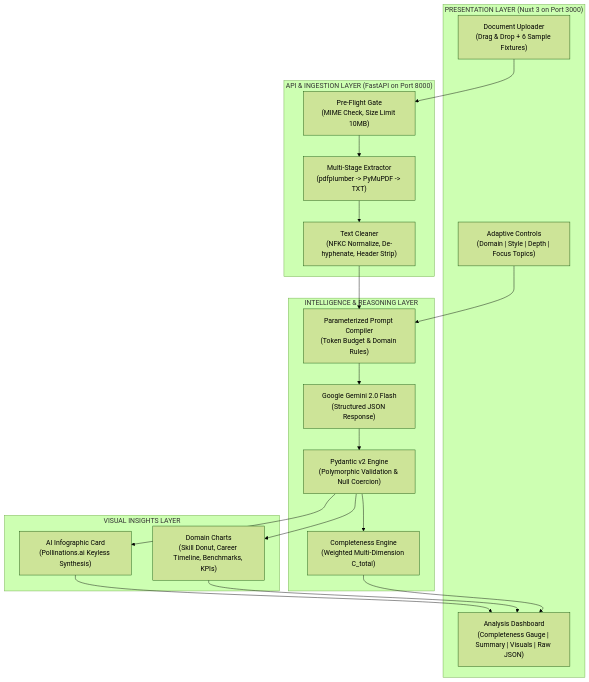
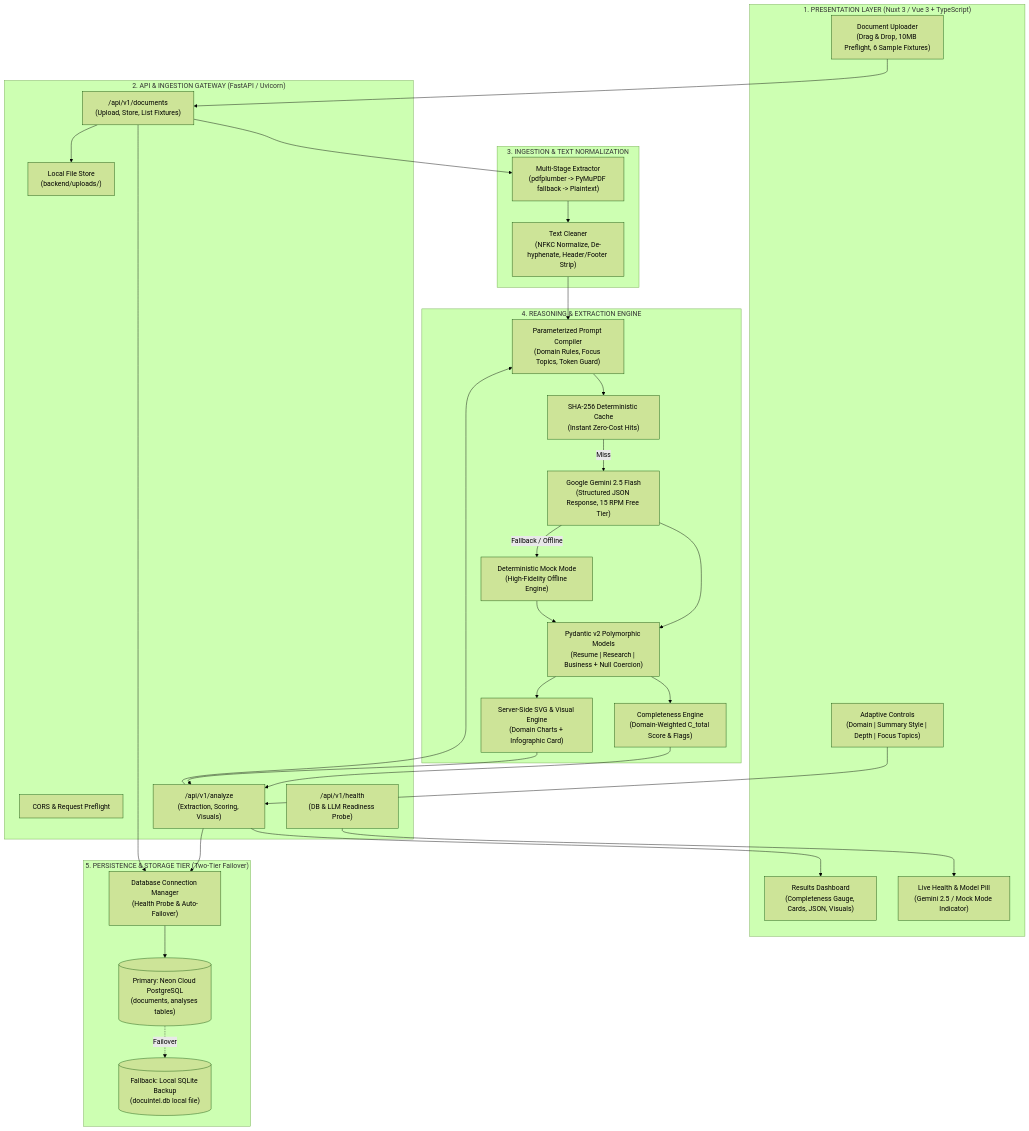
Before and after one commit to Rishikesh414/AI-Powered-Document-Intelligence-Platform-: the first of 2 diagrams in README.md, drawn with Mermaid (forest theme). The commit also changed other lines of this file and 13 other files, not shown here.

````diff
--- a/README.md
+++ b/README.md
@@ -31,40 +42,62 @@
 ```mermaid
 flowchart TD
-    subgraph Presentation["PRESENTATION LAYER (Nuxt 3 on Port 3000)"]
-        Uploader["Document Uploader\n(Drag & Drop + 6 Sample Fixtures)"]
-        Controls["Adaptive Controls\n(Domain | Style | Depth | Focus Topics)"]
-        Dashboard["Analysis Dashboard\n(Completeness Gauge | Summary | Visuals | Raw JSON)"]
+    subgraph ClientLayer ["1. PRESENTATION LAYER (Nuxt 3 / Vue 3 + TypeScript)"]
+        Uploader["Document Uploader\n(Drag & Drop, 10MB Preflight, 6 Sample Fixtures)"]
+        Controls["Adaptive Controls\n(Domain | Summary Style | Depth | Focus Topics)"]
+        ResultsView["Results Dashboard\n(Completeness Gauge, Cards, JSON, Visuals)"]
+        StatusPill["Live Health & Model Pill\n(Gemini 2.5 / Mock Mode Indicator)"]
     end
 
-    subgraph API["API & INGESTION LAYER (FastAPI on Port 8000)"]
-        Preflight["Pre-Flight Gate\n(MIME Check, Size Limit 10MB)"]
-        Extractor["Multi-Stage Extractor\n(pdfplumber -> PyMuPDF -> TXT)"]
-        Cleaner["Text Cleaner\n(NFKC Normalize, De-hyphenate, Header Strip)"]
+    subgraph GatewayLayer ["2. API & INGESTION GATEWAY (FastAPI / Uvicorn)"]
+        CORS["CORS & Request Preflight"]
+        RouterDoc["/api/v1/documents\n(Upload, Store, List Fixtures)"]
+        RouterAnalyze["/api/v1/analyze\n(Extraction, Scoring, Visuals)"]
+        RouterHealth["/api/v1/health\n(DB & LLM Readiness Probe)"]
+        FileStorage["Local File Store\n(backend/uploads/)"]
     end
 
-    subgraph Intelligence["INTELLIGENCE & REASONING LAYER"]
-        Compiler["Parameterized Prompt Compiler\n(Token Budget & Domain Rules)"]
-        LLM["Google Gemini 2.0 Flash\n(Structured JSON Response)"]
-        Pydantic["Pydantic v2 Engine\n(Polymorphic Validation & Null Coercion)"]
-        Scorer["Completeness Engine\n(Weighted Multi-Dimension C_total)"]
+    subgraph IngestionPipeline ["3. INGESTION & TEXT NORMALIZATION"]
+        Extractor["Multi-Stage Extractor\n(pdfplumber -> PyMuPDF fallback -> Plaintext)"]
+        Cleaner["Text Cleaner\n(NFKC Normalize, De-hyphenate, Header/Footer Strip)"]
     end
 
-    subgraph Visuals["VISUAL INSIGHTS LAYER"]
-        Charts["Domain Charts\n(Skill Donut, Career Timeline, Benchmarks, KPIs)"]
-        Infographic["AI Infographic Card\n(Pollinations.ai Keyless Synthesis)"]
+    subgraph IntelligenceLayer ["4. REASONING & EXTRACTION ENGINE"]
+        PromptCompiler["Parameterized Prompt Compiler\n(Domain Rules, Focus Topics, Token Guard)"]
+        GeminiLLM["Google Gemini 2.5 Flash\n(Structured JSON Response, 15 RPM Free Tier)"]
+        Cache["SHA-256 Deterministic Cache\n(Instant Zero-Cost Hits)"]
+        MockLLM["Deterministic Mock Mode\n(High-Fidelity Offline Engine)"]
+        PydanticEngine["Pydantic v2 Polymorphic Models\n(Resume | Research | Business + Null Coercion)"]
+        CompletenessEngine["Completeness Engine\n(Domain-Weighted C_total Score & Flags)"]
+        SVGVisualEngine["Server-Side SVG & Visual Engine\n(Domain Charts + Infographic Card)"]
     end
 
-    Uploader --> Preflight
-    Preflight --> Extractor
+    subgraph StorageLayer ["5. PERSISTENCE & STORAGE TIER (Two-Tier Failover)"]
+        DBManager["Database Connection Manager\n(Health Probe & Auto-Failover)"]
+        PrimaryPG[("Primary: Neon Cloud PostgreSQL\n(documents, analyses tables)")]
+        FallbackSQLite[("Fallback: Local SQLite Backup\n(docuintel.db local file)")]
+    end
+
+    %% Flow connections
+    Uploader --> RouterDoc
+    Controls --> RouterAnalyze
+    RouterDoc --> FileStorage
+    RouterDoc --> Extractor
     Extractor --> Cleaner
-    Cleaner --> Compiler
-    Controls --> Compiler
-    Compiler --> LLM
-    LLM --> Pydantic
-    Pydantic --> Scorer
-    Pydantic --> Charts
-    Pydantic --> Infographic
-    Scorer --> Dashboard
-    Charts --> Dashboard
-    Infographic --> Dashboard
+    Cleaner --> PromptCompiler
+    RouterAnalyze --> PromptCompiler
+    PromptCompiler --> Cache
+    Cache -- Miss --> GeminiLLM
+    GeminiLLM -- Fallback / Offline --> MockLLM
+    GeminiLLM --> PydanticEngine
+    MockLLM --> PydanticEngine
+    PydanticEngine --> CompletenessEngine
+    PydanticEngine --> SVGVisualEngine
+    CompletenessEngine --> RouterAnalyze
+    SVGVisualEngine --> RouterAnalyze
+    RouterAnalyze --> DBManager
+    RouterDoc --> DBManager
+    DBManager --> PrimaryPG
+    PrimaryPG -. Failover .-> FallbackSQLite
+    RouterAnalyze --> ResultsView
+    RouterHealth --> StatusPill
 ```
````
